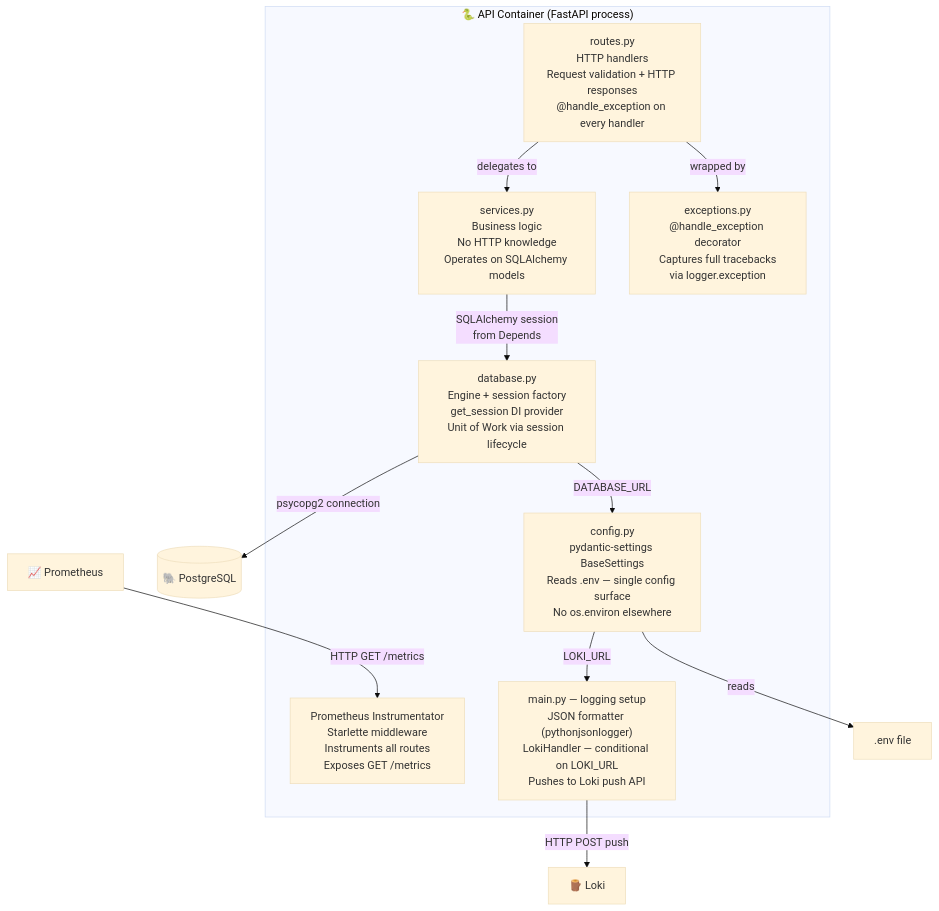
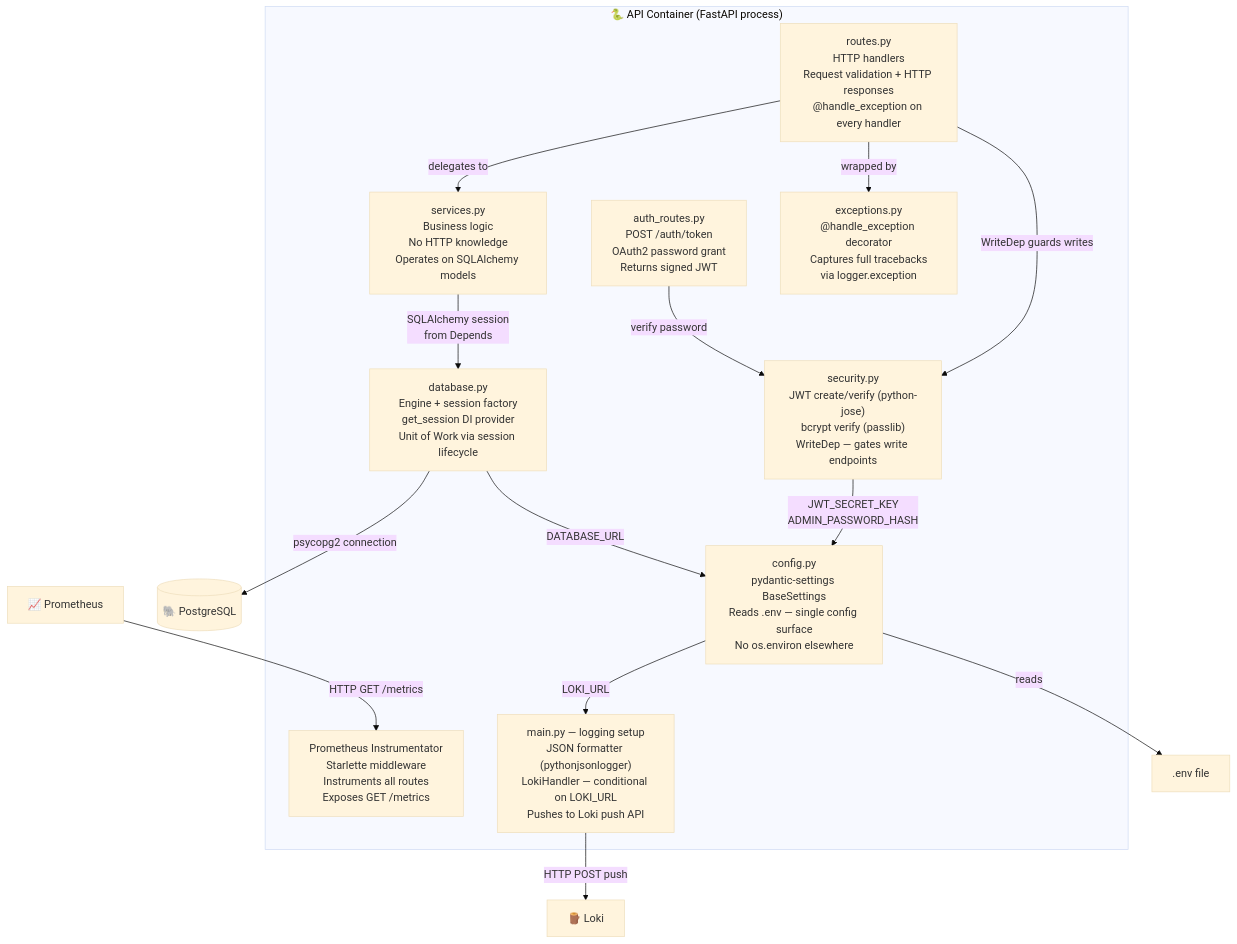
The third of 3 diagrams in docs/architecture.md (dafywinf/python-fastapi-poc), drawn with Mermaid (base theme) before and after one commit. The commit also changed other lines of this file and 14 other files, not shown here.

First line of the commit message:
feat(security): implement Phase 2 JWT authentication and authorization

````diff
--- a/docs/architecture.md
+++ b/docs/architecture.md
@@ -125,27 +143,32 @@
 ```mermaid
 graph TD
     subgraph api["🐍 API Container (FastAPI process)"]
         routes["routes.py<br/>HTTP handlers<br/>Request validation + HTTP responses<br/>@handle_exception on every handler"]
+        auth_routes["auth_routes.py<br/>POST /auth/token<br/>OAuth2 password grant<br/>Returns signed JWT"]
+        security["security.py<br/>JWT create/verify (python-jose)<br/>bcrypt verify (passlib)<br/>WriteDep — gates write endpoints"]
         services["services.py<br/>Business logic<br/>No HTTP knowledge<br/>Operates on SQLAlchemy models"]
         database["database.py<br/>Engine + session factory<br/>get_session DI provider<br/>Unit of Work via session lifecycle"]
         config["config.py<br/>pydantic-settings BaseSettings<br/>Reads .env — single config surface<br/>No os.environ elsewhere"]
         exc["exceptions.py<br/>@handle_exception decorator<br/>Captures full tracebacks<br/>via logger.exception"]
         metrics["Prometheus Instrumentator<br/>Starlette middleware<br/>Instruments all routes<br/>Exposes GET /metrics"]
         logging["main.py — logging setup<br/>JSON formatter (pythonjsonlogger)<br/>LokiHandler — conditional on LOKI_URL<br/>Pushes to Loki push API"]
     end
 
     postgres[("🐘 PostgreSQL")]
     prometheus["📈 Prometheus"]
     loki["🪵 Loki"]
     dotenv[".env file"]
 
     routes -->|"delegates to"| services
     routes -->|"wrapped by"| exc
+    routes -->|"WriteDep guards writes"| security
+    auth_routes -->|"verify password"| security
+    security -->|"JWT_SECRET_KEY<br/>ADMIN_PASSWORD_HASH"| config
     services -->|"SQLAlchemy session<br/>from Depends"| database
     database -->|"DATABASE_URL"| config
     config -->|"reads"| dotenv
     config -->|"LOKI_URL"| logging
     database -->|"psycopg2 connection"| postgres
     prometheus -->|"HTTP GET /metrics"| metrics
     logging -->|"HTTP POST push"| loki
 ```
````
